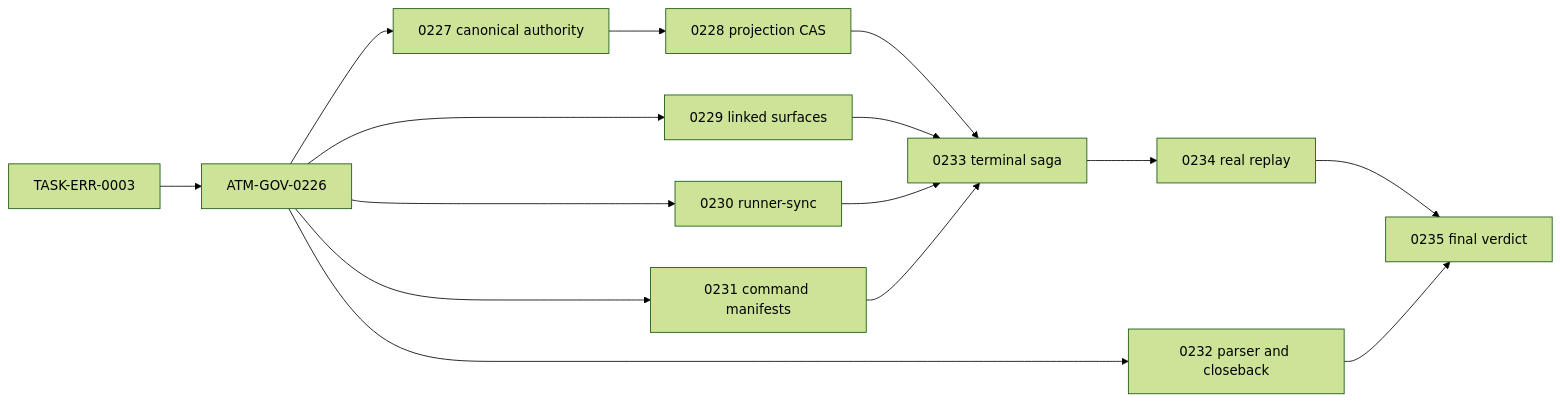
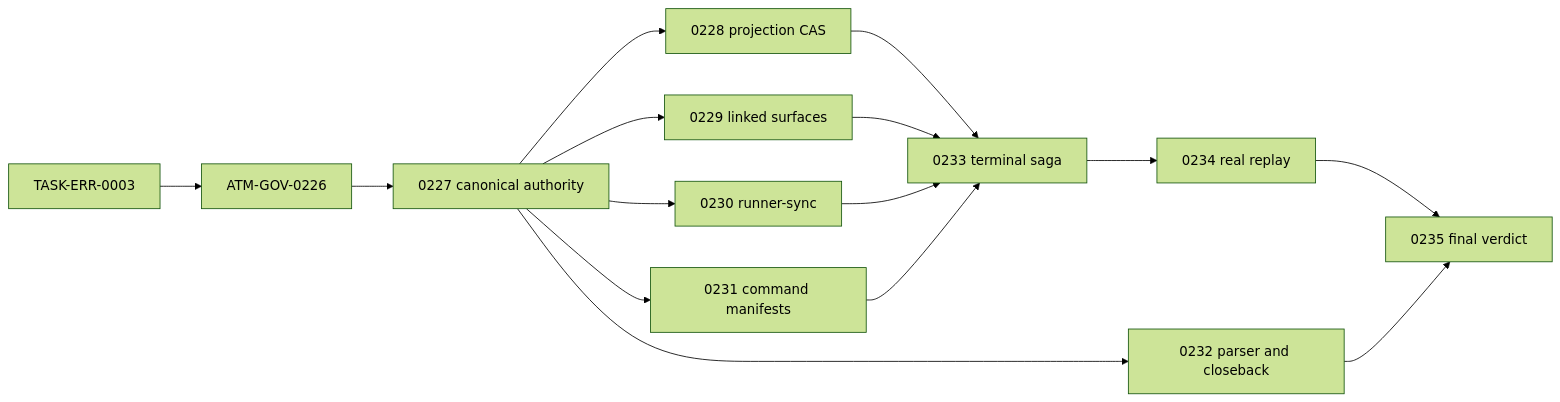
One commit to eaglhuang/3klife changed the diagram in docs/ai_atomic_framework/governance-optimization/ATM-GOV-3.0-captain-handoff-2026-07-21.md. Above: the diagram before and after it, drawn with Mermaid (forest theme). The commit also changed other lines of this file and 11 other files, not shown here.

````diff
--- a/docs/ai_atomic_framework/governance-optimization/ATM-GOV-3.0-captain-handoff-2026-07-21.md
+++ b/docs/ai_atomic_framework/governance-optimization/ATM-GOV-3.0-captain-handoff-2026-07-21.md
@@ -102,17 +107,17 @@
 ```mermaid
 flowchart LR
   ERR["TASK-ERR-0003"] --> G226["ATM-GOV-0226"]
   G226 --> G227["0227 canonical authority"]
-  G226 --> G229["0229 linked surfaces"]
-  G226 --> G230["0230 runner-sync"]
-  G226 --> G231["0231 command manifests"]
-  G226 --> G232["0232 parser and closeback"]
   G227 --> G228["0228 projection CAS"]
+  G227 --> G229["0229 linked surfaces"]
+  G227 --> G230["0230 runner-sync"]
+  G227 --> G231["0231 command manifests"]
+  G227 --> G232["0232 parser and closeback"]
   G228 --> G233["0233 terminal saga"]
   G229 --> G233
   G230 --> G233
   G231 --> G233
   G233 --> G234["0234 real replay"]
   G234 --> G235["0235 final verdict"]
   G232 --> G235
 ```
````
